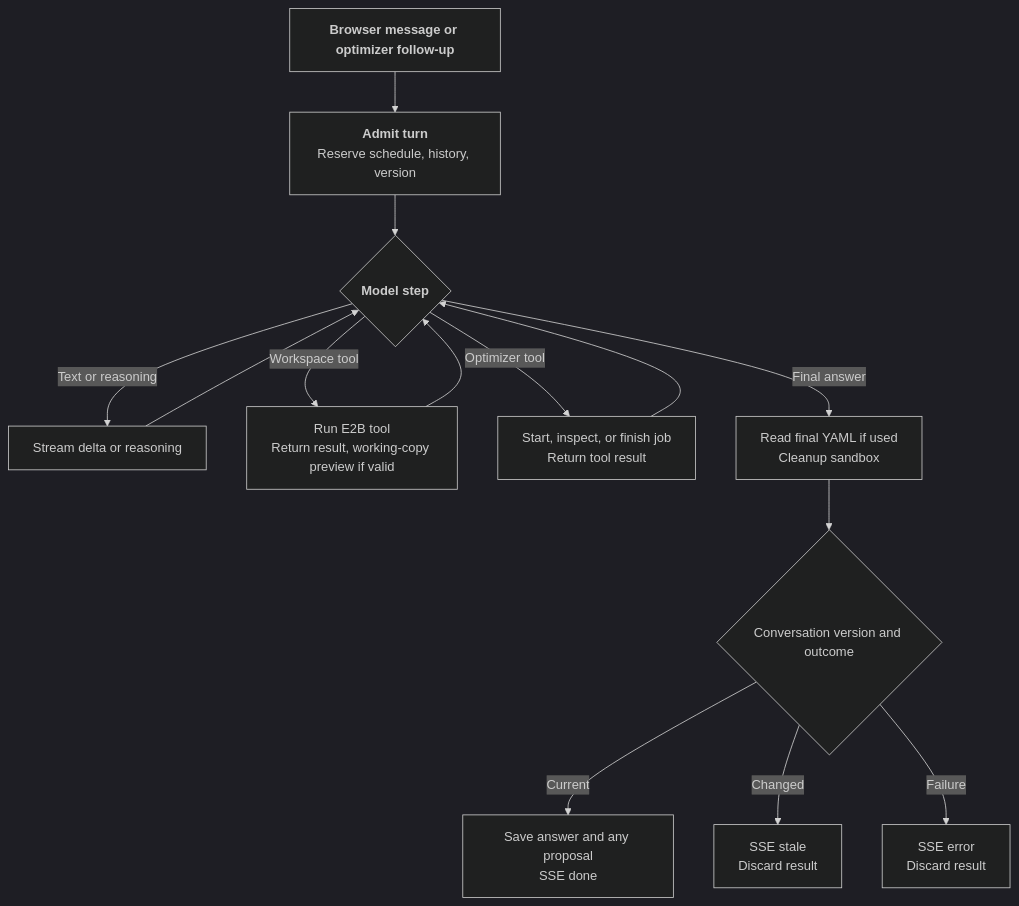
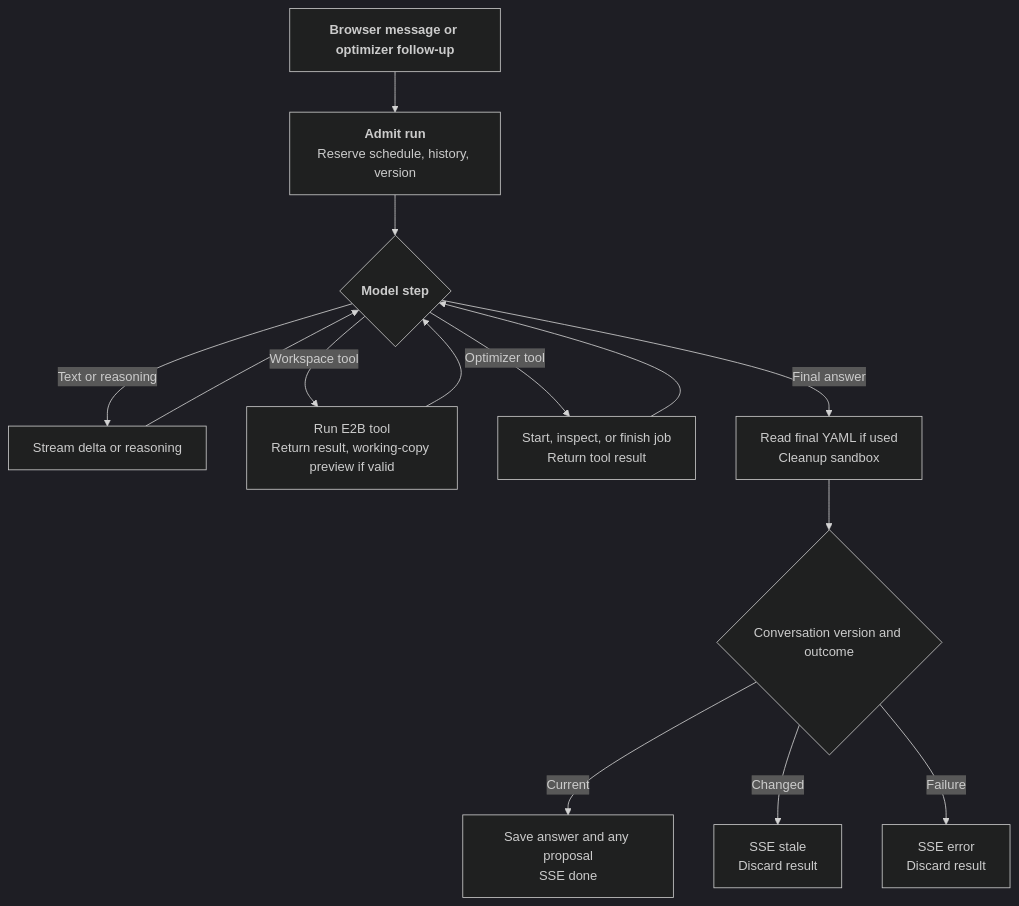
One commit to j3soon/nurse-scheduling changed the third of 7 diagrams in docs/content/developer-guide/ai-assistant.md. Above: the diagram before and after it, drawn with Mermaid (dark theme). The commit also changed other lines of this file and 20 other files, not shown here.

````diff
--- a/docs/content/developer-guide/ai-assistant.md
+++ b/docs/content/developer-guide/ai-assistant.md
@@ -137,14 +149,14 @@
 ```mermaid
 flowchart TB
-    Start[<b>Browser message or optimizer follow-up</b>] --> Admit[<b>Admit turn</b><br/>Reserve schedule, history, version]
+    Start[<b>Browser message or optimizer follow-up</b>] --> Admit[<b>Admit run</b><br/>Reserve schedule, history, version]
     Admit --> Step{<b>Model step</b>}
     Step -->|Text or reasoning| Text[Stream delta or reasoning] --> Step
     Step -->|Workspace tool| Tool[Run E2B tool<br/>Return result, working-copy preview if valid] --> Step
     Step -->|Optimizer tool| Job[Start, inspect, or finish job<br/>Return tool result] --> Step
     Step -->|Final answer| Cleanup[Read final YAML if used<br/>Cleanup sandbox]
     Cleanup --> Check{Conversation version and outcome}
     Check -->|Current| Done[Save answer and any proposal<br/>SSE done]
     Check -->|Changed| Stale[SSE stale<br/>Discard result]
     Check -->|Failure| Error[SSE error<br/>Discard result]
 
 ```
````
